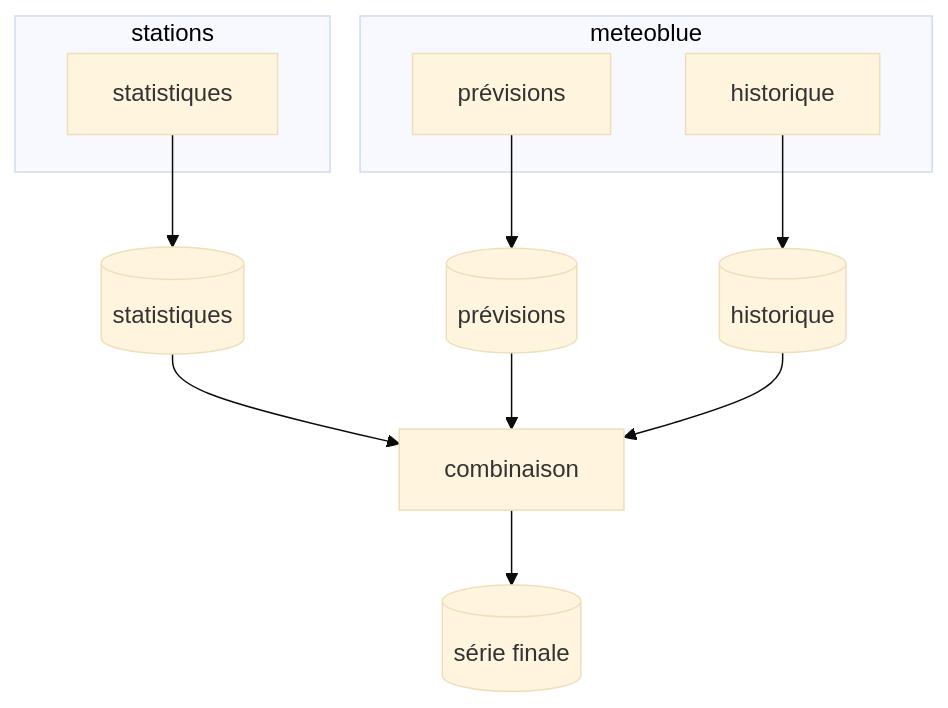
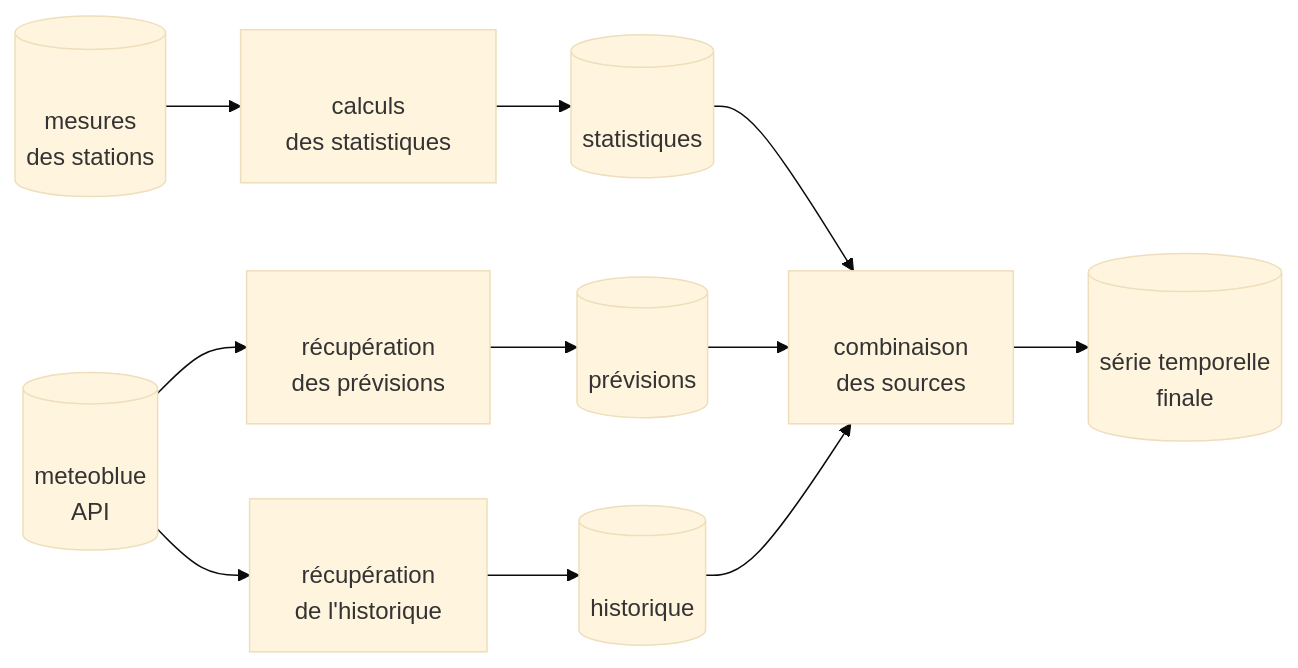
Before and after one commit to PetitLepton/pyconfr-2024: the third of 3 diagrams in presentation.qmd, drawn with Mermaid (base theme). The commit also changed other lines of this file, not shown here.

Commit message:
chore: add shitty title

````diff
--- a/presentation.qmd
+++ b/presentation.qmd
@@ -350,29 +351,24 @@
 ```{mermaid}
-flowchart TD
+%%| fig-align: center
+flowchart LR
 
-	subgraph measures[stations]
-	  getstatistics[statistiques]
-	end
+	measures[(<br>mesures<br>des stations)]
+	getstatistics[<br>calculs<br>des statistiques]
 
-	subgraph meteoblue
-	  getforecasts[prévisions]
-	  gethistory[historique]
-	end
+	meteoblue[(<br>meteoblue<br>API)]
+  getforecasts[<br>récupération<br>des prévisions]
+  gethistory[<br>récupération<br>de l'historique]
 
-	forecasts[(prévisions)]
-	history[(historique)]
-	statistics[(statistiques)]
+	forecasts[(<br>prévisions)]
+	history[(<br>historique)]
+	statistics[(<br>statistiques)]
 
-	getstatistics --> statistics
-	getforecasts --> forecasts
-	gethistory --> history
+	measures --> getstatistics --> statistics
+	meteoblue --> getforecasts --> forecasts
+	meteoblue --> gethistory --> history
 	
-	combine[combinaison] --> timeseries[(série finale)]
-	statistics --> combine
+	combine[<br>combinaison<br>des sources] --> timeseries[(<br>série temporelle<br>finale)]
+  statistics --> combine
 	forecasts --> combine
 	history --> combine
-
-style measures color:#000
-style meteoblue color:#000
-
 ```
````
